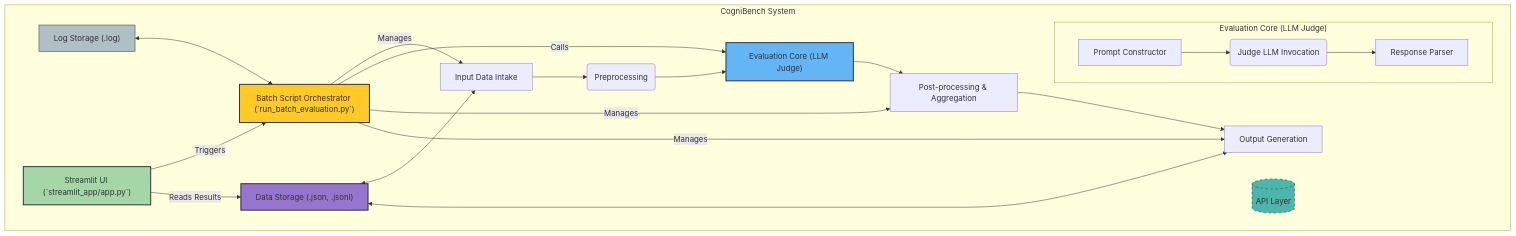
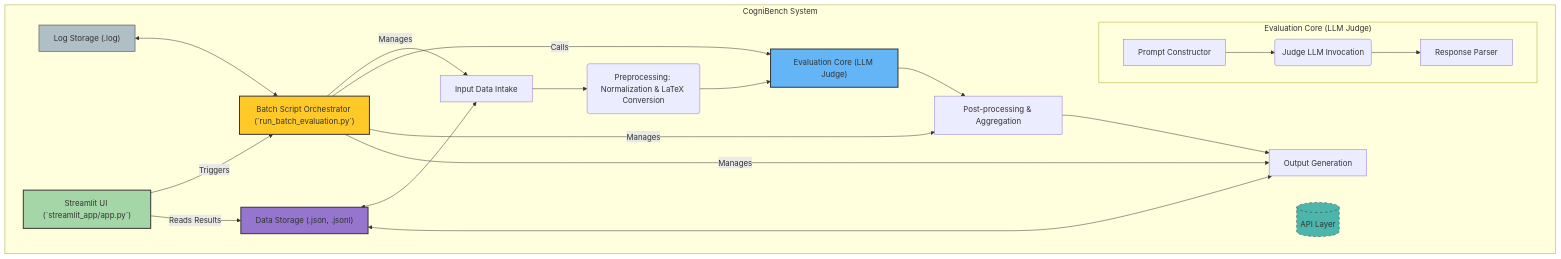
One commit to Mathews-Tom/CogniBench changed the first of 2 diagrams in overview.md. Above: the diagram before and after it, drawn with Mermaid. The commit also changed other lines of this file and 1 other file, not shown here.

````diff
--- a/overview.md
+++ b/overview.md
@@ -27,54 +27,54 @@
 ```mermaid
 graph LR
 
   subgraph CogniBench System
     direction LR
 
     %% Core Workflow Components
-    A[Input Data Intake] --> B(Preprocessing);
+    A[Input Data Intake] --> B(Preprocessing: Normalization & LaTeX Conversion);
     B --> C["Evaluation Core (LLM Judge)"];
     C --> D[Post-processing & Aggregation];
     D --> E[Output Generation];
 
     %% Data Storage & Logging
     %% Intake reads ingested
     F["Data Storage (.json, .jsonl)"] <--> A; 
     %% Output writes results
     F <--> E; 
     %% Orchestrator writes logs
     LOG["Log Storage (.log)"] <--> G; 
 
     %% Orchestration & UI
     %% Script reads ingested data path
     G["Batch Script Orchestrator (`run_batch_evaluation.py`)"] -- Manages --> A; 
     %% Script calls evaluation workflow
     G -- Calls --> C; 
     %% Script combines results
     G -- Manages --> D; 
     %% Script defines output paths
     G -- Manages --> E; 
     %% UI runs the script
     I["Streamlit UI (`streamlit_app/app.py`)"] -- Triggers --> G;
     %% UI reads final_results.json
     I -- Reads Results --> F; 
 
     %% Evaluation Core Details
     subgraph "Evaluation Core (LLM Judge)"
         direction LR
         C1[Prompt Constructor] --> C2(Judge LLM Invocation);
         C2 --> C3[Response Parser];
     end
 
     %% Optional API Layer (Not used by Streamlit App)
     H[(API Layer)];
 
     %% Styling
     style F fill:#9575cd,stroke:#333,stroke-width:2px
     style LOG fill:#b0bec5,stroke:#333,stroke-width:1px
     style C fill:#64b5f6,stroke:#333,stroke-width:2px
     %% Dashed border for optional/unused
     style H fill:#4db6ac,stroke:#333,stroke-width:1px,stroke-dasharray: 5 5
     style G fill:#ffca28,stroke:#333,stroke-width:2px
     style I fill:#a5d6a7,stroke:#333,stroke-width:2px
   end
 ```
````
